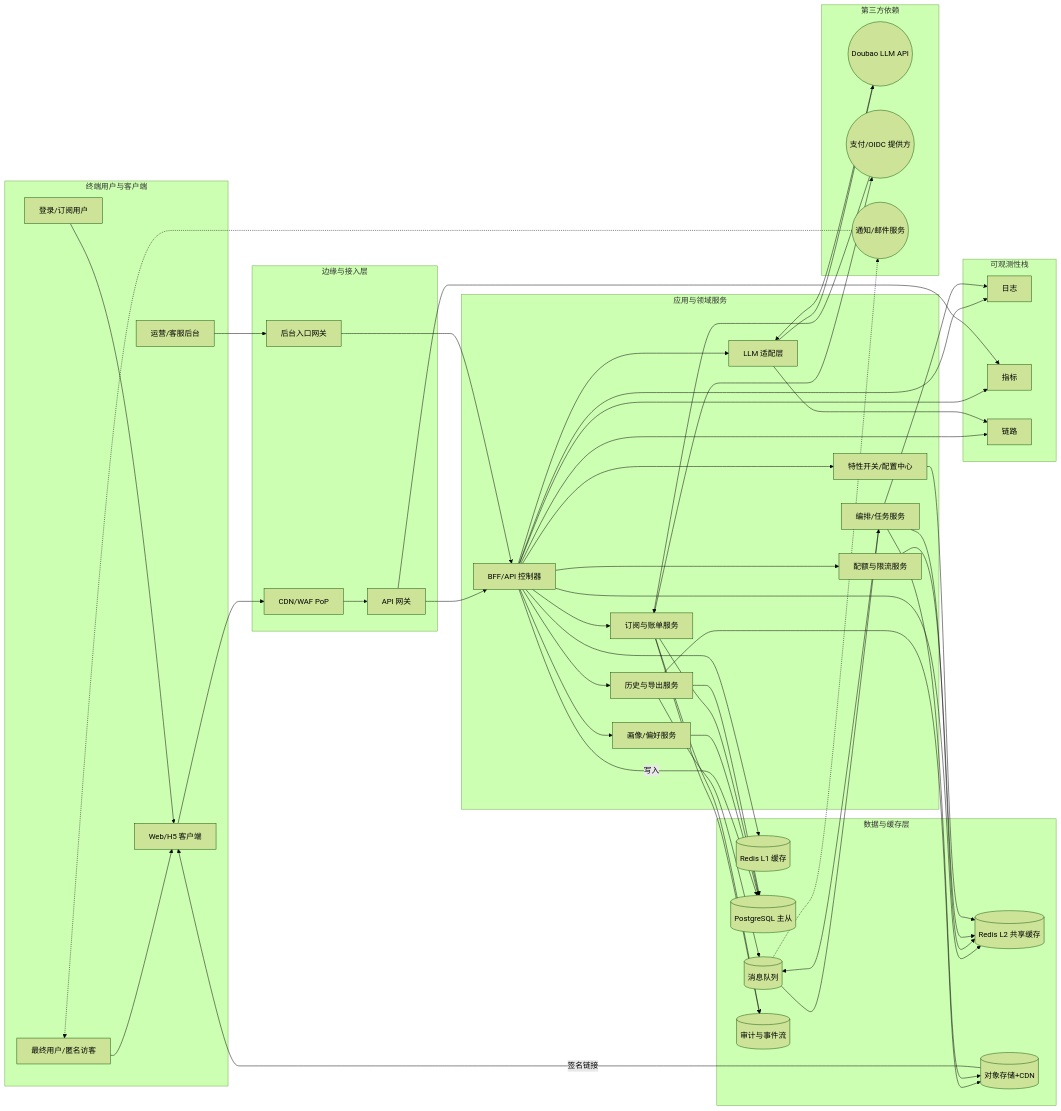
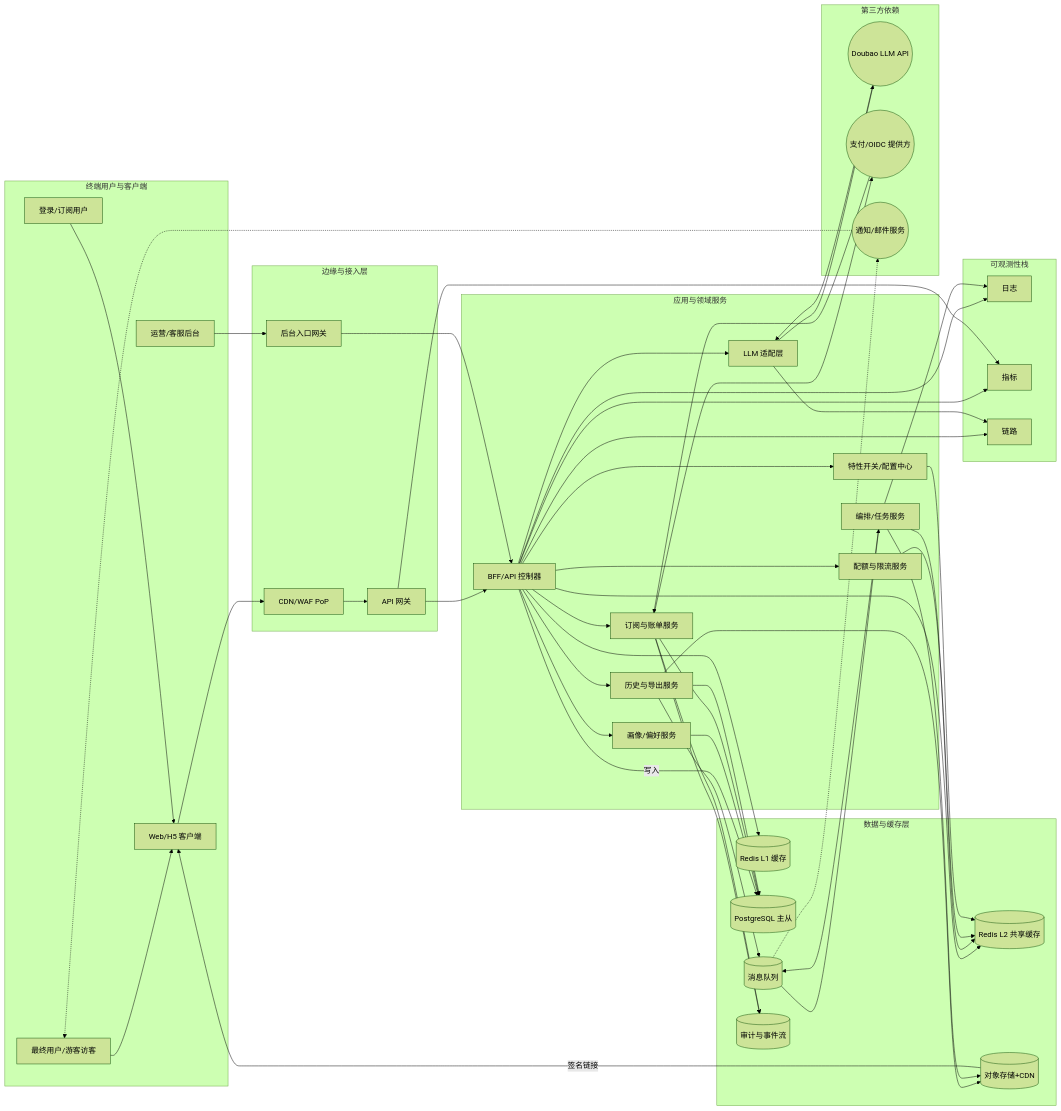
One commit to TaylorChyi/glancy changed the first of 2 diagrams in doc/系统设计文档/HLD.md. Above: the diagram before and after it, drawn with Mermaid (forest theme). The commit also changed other lines of this file and 24 other files, not shown here.

```diff
--- a/doc/系统设计文档/HLD.md
+++ b/doc/系统设计文档/HLD.md
@@ -35,7 +35,7 @@
     classDef storage fill:#fff9f0,stroke:#f39c12,color:#6b3500
 
     subgraph Clients["终端用户与客户端"]
-        User[最终用户/匿名访客]
+        User[最终用户/游客访客]
         Member[登录/订阅用户]
         Web[Web/H5 客户端]
         Admin[运营/客服后台]
```
